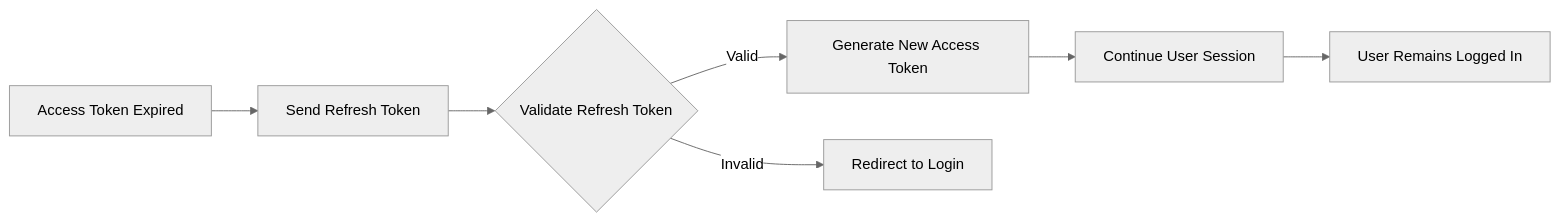
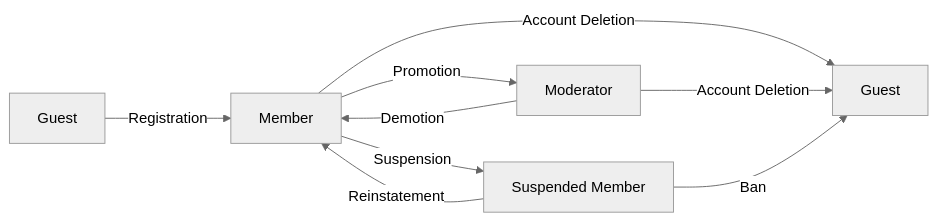
Before and after one commit to wrtnlabs/autobe-examples: the second of 2 diagrams in deepseek/deepseek-v3.1-terminus-exacto/bbs/docs/analysis/02-user-actors.md, drawn with Mermaid (neutral theme). The commit also changed other lines of this file and 3569 other files, not shown here.

````diff
--- a/deepseek/deepseek-v3.1-terminus-exacto/bbs/docs/analysis/02-user-actors.md
+++ b/deepseek/deepseek-v3.1-terminus-exacto/bbs/docs/analysis/02-user-actors.md
@@ -230,9 +222,13 @@
 ```mermaid
 graph LR
-  A["Access Token Expired"] --> B["Send Refresh Token"]
-  B --> C{"Validate Refresh Token"}
-  C -->|"Valid"| D["Generate New Access Token"]
-  C -->|"Invalid"| E["Redirect to Login"]
-  D --> F["Continue User Session"]
-  F --> G["User Remains Logged In"]
+    A["Guest"] -->|Registration| B["Member"]
+    B -->|Promotion| C["Moderator"]
+    
+    B -->|Account Deletion| D["Guest"]
+    C -->|Demotion| B
+    C -->|Account Deletion| D
+    
+    B -->|Suspension| E["Suspended Member"]
+    E -->|Reinstatement| B
+    E -->|Ban| D
 ```
````
